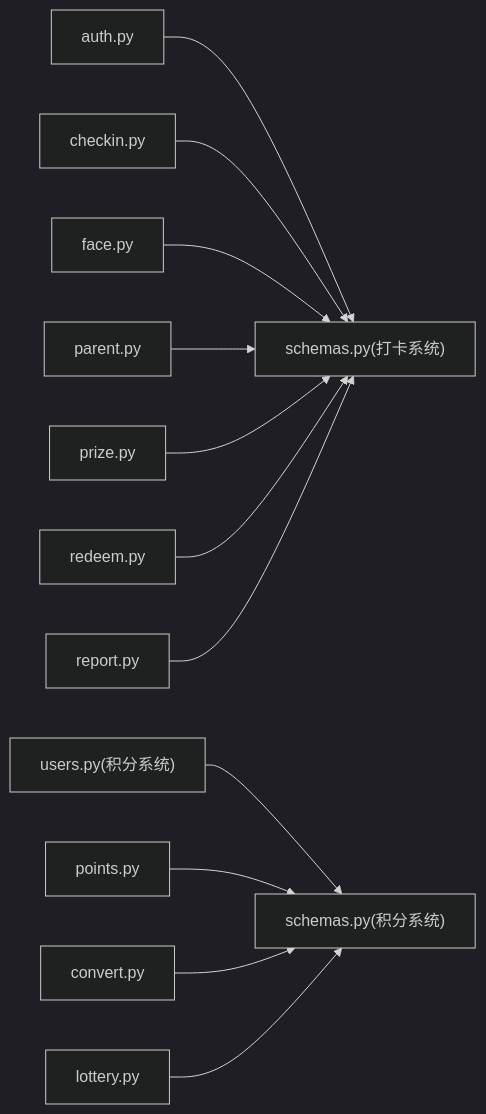
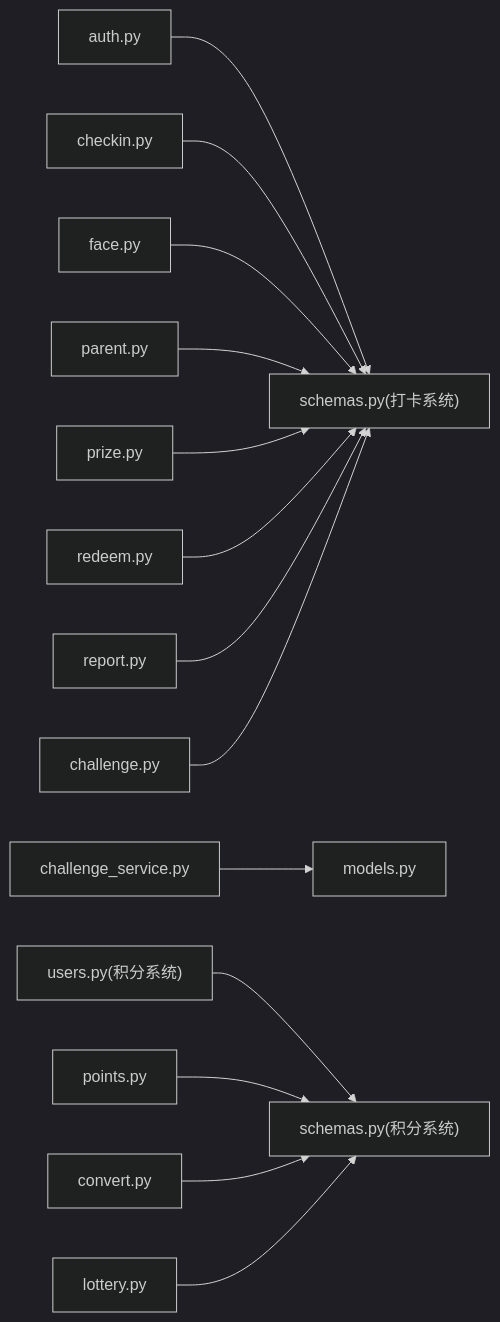
One commit to onebody/homework changed the eighth of 8 diagrams in .qoder/repowiki/zh/content/API接口文档/API接口文档.md. Above: the diagram before and after it, drawn with Mermaid (dark theme). The commit also changed other lines of this file and 15 other files, not shown here.

````diff
--- a/.qoder/repowiki/zh/content/API接口文档/API接口文档.md
+++ b/.qoder/repowiki/zh/content/API接口文档/API接口文档.md
@@ -509,14 +664,16 @@
 ```mermaid
 graph LR
 Auth["auth.py"] --> SchemasA["schemas.py(打卡系统)"]
 Checkin["checkin.py"] --> SchemasA
 Face["face.py"] --> SchemasA
 Parent["parent.py"] --> SchemasA
 Prize["prize.py"] --> SchemasA
 Redeem["redeem.py"] --> SchemasA
 Report["report.py"] --> SchemasA
+Challenge["challenge.py"] --> SchemasA
+ChallengeSvc["challenge_service.py"] --> Models["models.py"]
 UsersB["users.py(积分系统)"] --> SchemasB["schemas.py(积分系统)"]
 PointsB["points.py"] --> SchemasB
 ConvertB["convert.py"] --> SchemasB
 LotteryB["lottery.py"] --> SchemasB
 ```
````
